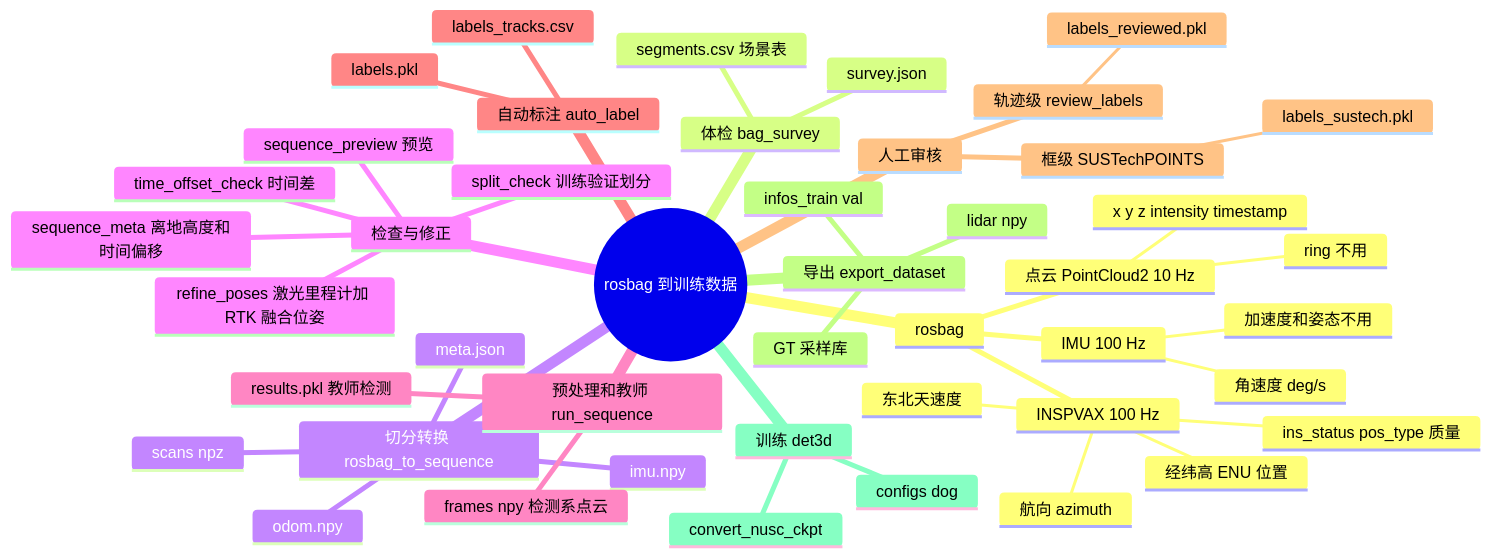
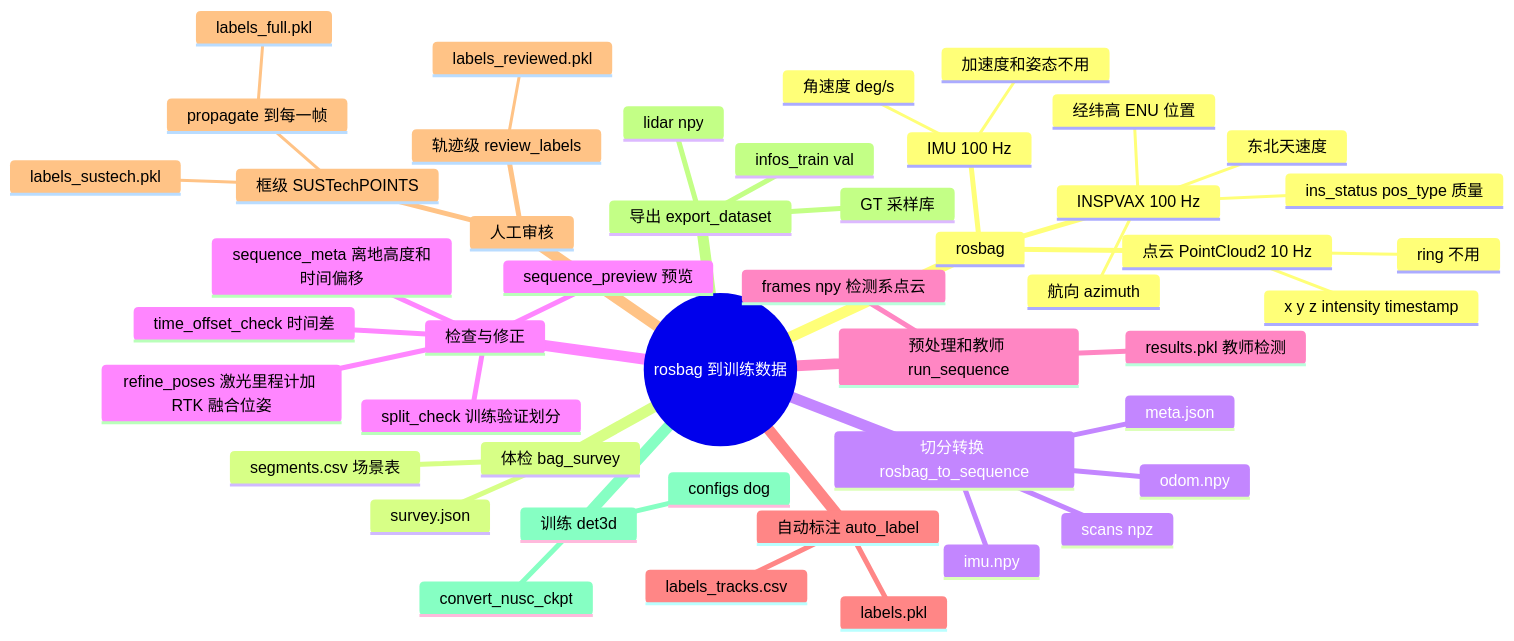
The diagram in docs/DATA_LINEAGE.md (mjyong/CenterPoint), drawn with Mermaid before and after one commit. The commit also changed other lines of this file and 28 other files, not shown here.

````diff
--- a/docs/DATA_LINEAGE.md
+++ b/docs/DATA_LINEAGE.md
@@ -49,48 +53,50 @@
 ```mermaid
 mindmap
   root((rosbag 到训练数据))
     rosbag
       点云 PointCloud2 10 Hz
         x y z intensity timestamp
         ring 不用
       IMU 100 Hz
         角速度 deg/s
         加速度和姿态不用
       INSPVAX 100 Hz
         经纬高 ENU 位置
         航向 azimuth
         东北天速度
         ins_status pos_type 质量
     体检 bag_survey
       survey.json
       segments.csv 场景表
     切分转换 rosbag_to_sequence
       meta.json
       scans npz
       imu.npy
       odom.npy
     检查与修正
       sequence_preview 预览
       sequence_meta 离地高度和时间偏移
       time_offset_check 时间差
       split_check 训练验证划分
       refine_poses 激光里程计加 RTK 融合位姿
     预处理和教师 run_sequence
       frames npy 检测系点云
       results.pkl 教师检测
     自动标注 auto_label
       labels.pkl
       labels_tracks.csv
     人工审核
+      框级 SUSTechPOINTS
+        labels_sustech.pkl
+        propagate 到每一帧
+          labels_full.pkl
       轨迹级 review_labels
         labels_reviewed.pkl
-      框级 SUSTechPOINTS
-        labels_sustech.pkl
     导出 export_dataset
       infos_train val
       lidar npy
       GT 采样库
     训练 det3d
       convert_nusc_ckpt
       configs dog
 ```
````
